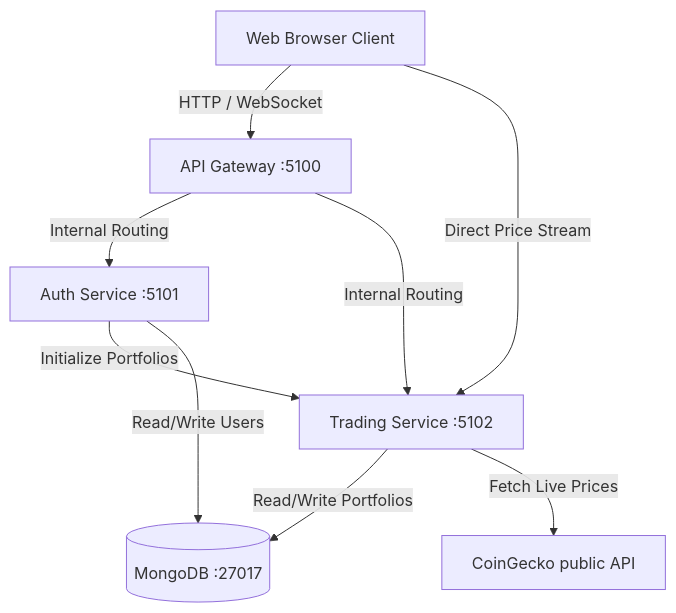
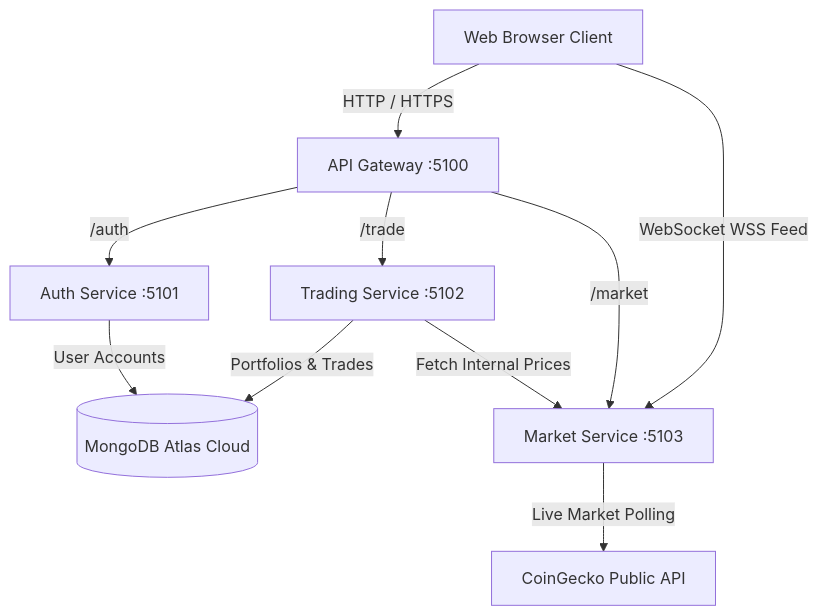
Before and after one commit to ydv-kunal/CryptoArena: the diagram in README.md, drawn with Mermaid. The commit also changed other lines of this file, not shown here.

Commit message:
docs: update architecture diagram, tech stack details, and local development instructions in README

````diff
--- a/README.md
+++ b/README.md
@@ -51,11 +51,12 @@
 ```mermaid
 graph TD
-    Client[Web Browser Client] -->|HTTP / WebSocket| Gateway[API Gateway :5100]
-    Client -->|Direct Price Stream| Trading[Trading Service :5102]
-    Gateway -->|Internal Routing| Auth[Auth Service :5101]
-    Gateway -->|Internal Routing| Trading
-    Auth -->|Initialize Portfolios| Trading
-    Auth -->|Read/Write Users| DB[(MongoDB :27017)]
-    Trading -->|Read/Write Portfolios| DB
-    Trading -->|Fetch Live Prices| Gecko[CoinGecko public API]
+    Client[Web Browser Client] -->|HTTP / HTTPS| Gateway[API Gateway :5100]
+    Client -->|WebSocket WSS Feed| Market[Market Service :5103]
+    Gateway -->|/auth| Auth[Auth Service :5101]
+    Gateway -->|/trade| Trading[Trading Service :5102]
+    Gateway -->|/market| Market
+    Auth -->|User Accounts| Atlas[(MongoDB Atlas Cloud)]
+    Trading -->|Portfolios & Trades| Atlas
+    Trading -->|Fetch Internal Prices| Market
+    Market -->|Live Market Polling| Gecko[CoinGecko Public API]
 ```
````
